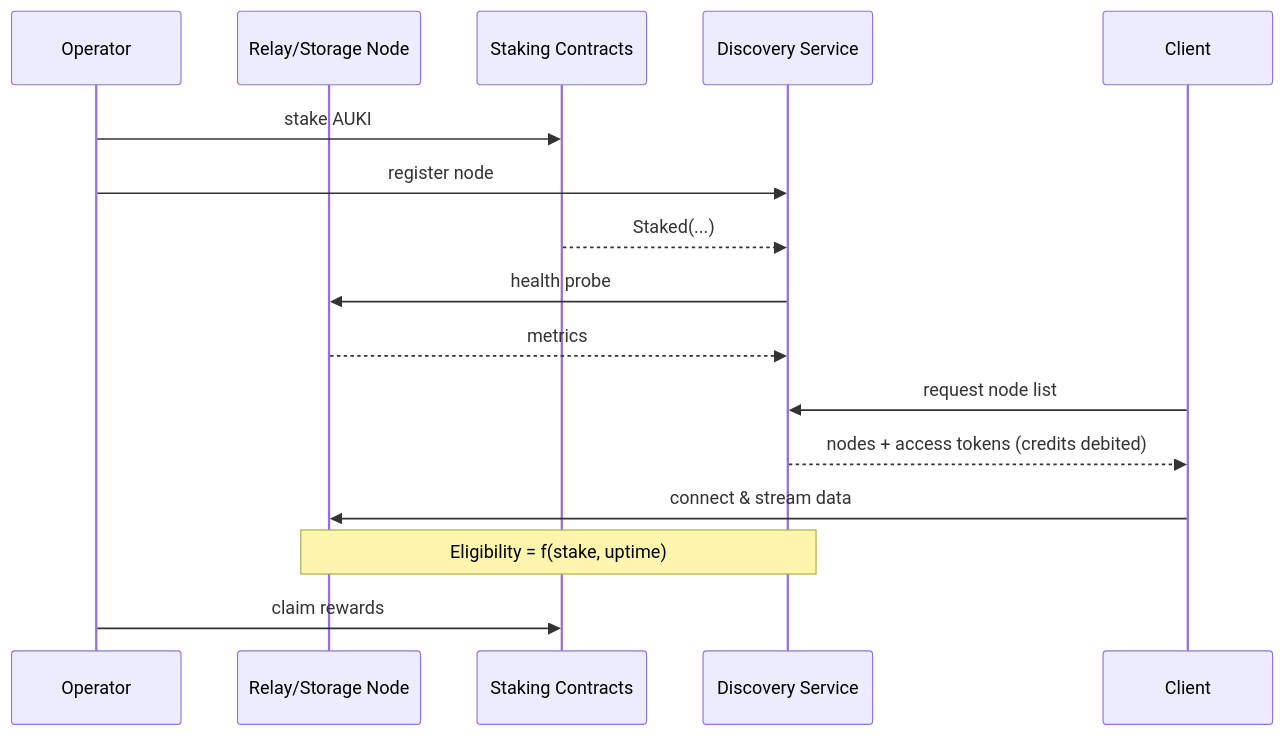
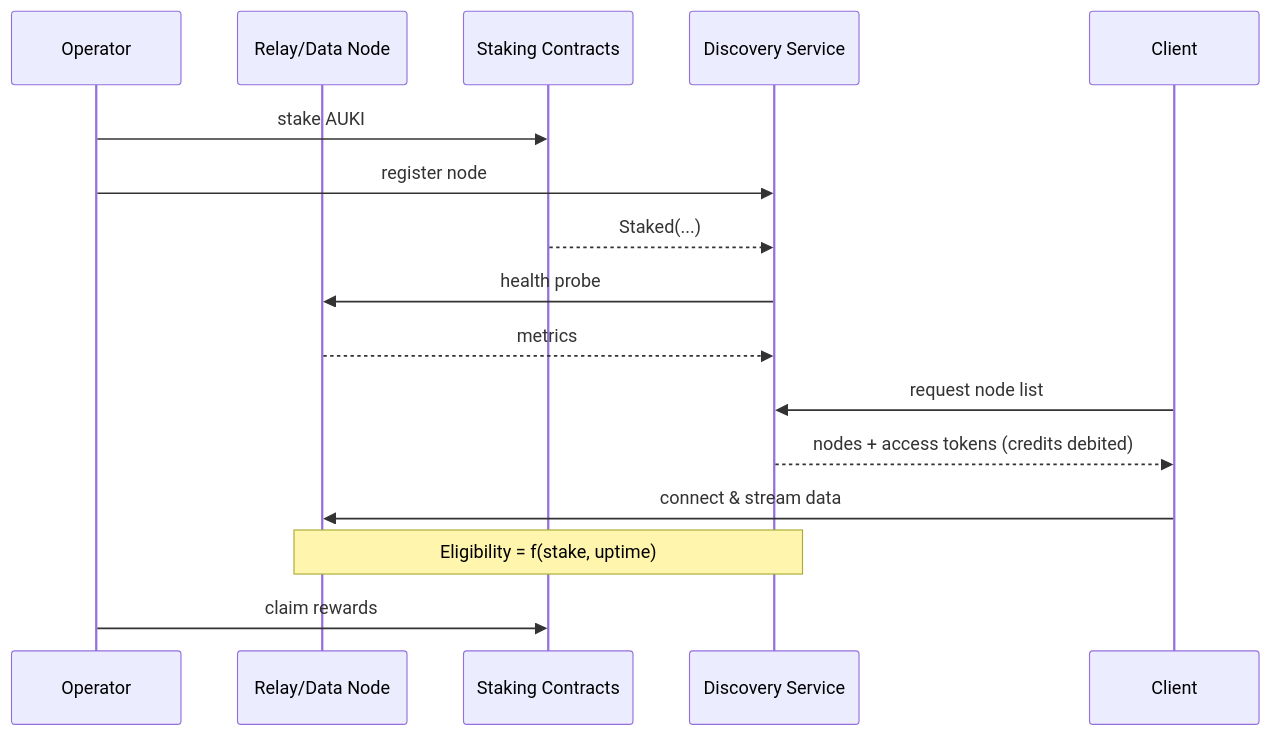
Before and after one commit to aukilabs/posemesh: the second of 2 diagrams in docs/02-current-architecture.md, drawn with Mermaid. The commit also changed other lines of this file, not shown here.

Commit message:
docs: rename Storage Node to Data Node chore: replace ` ` by ` `

````diff
--- a/docs/02-current-architecture.md
+++ b/docs/02-current-architecture.md
@@ -164,20 +164,20 @@
 ```mermaid
 sequenceDiagram
     participant Operator
-    participant Node as Relay/Storage Node
-    participant SC as Staking Contracts
-    participant DS as Discovery Service
+    participant Node as Relay/Data Node
+    participant SC as Staking Contracts
+    participant DS as Discovery Service
     participant Client
 
-    Operator->>SC: stake AUKI
-    Operator->>DS: register node
+    Operator->>SC: stake AUKI
+    Operator->>DS: register node
     SC-->>DS: Staked(...)
-    DS->>Node: health probe
+    DS->>Node: health probe
     Node-->>DS: metrics
     Client->>DS: request node list
     DS-->>Client: nodes + access tokens (credits debited)
-    Client->>Node: connect & stream data
+    Client->>Node: connect & stream data
     Note over Node,DS: Eligibility = f(stake, uptime)
-    Operator->>SC: claim rewards
+    Operator->>SC: claim rewards
 
 ```
````
